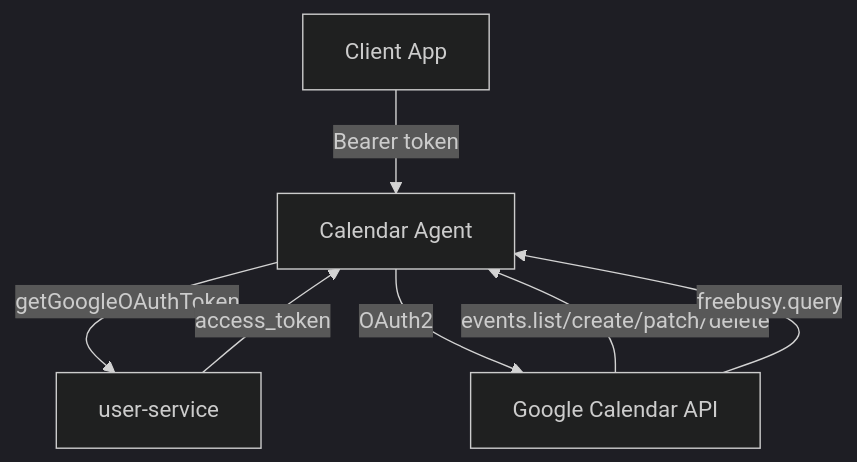
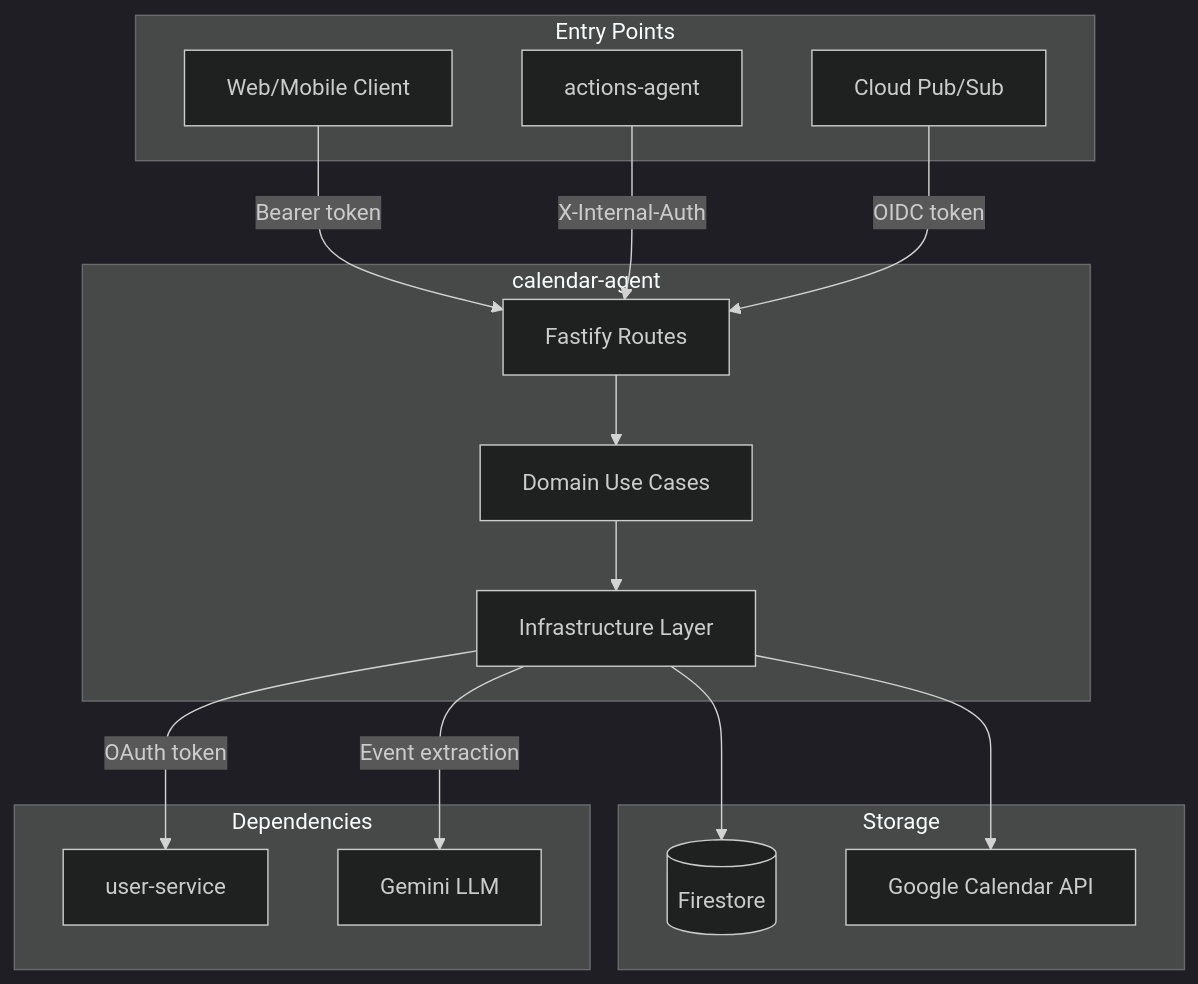
The first of 3 diagrams in docs/services/calendar-agent/technical.md (pbuchman/praxos), drawn with Mermaid (dark theme) before and after one commit. The commit also changed other lines of this file and 55 other files, not shown here.

````diff
--- a/docs/services/calendar-agent/technical.md
+++ b/docs/services/calendar-agent/technical.md
@@ -9,12 +9,36 @@
 ```mermaid
 graph TB
-    Client[Client App] -->|Bearer token| CA[Calendar Agent]
+    subgraph "Entry Points"
+        Client[Web/Mobile Client]
+        ActAgent[actions-agent]
+        PubSub[Cloud Pub/Sub]
+    end
 
-    CA -->|getGoogleOAuthToken| US[user-service]
-    US -->|access_token| CA
+    subgraph "calendar-agent"
+        Routes[Fastify Routes]
+        UseCases[Domain Use Cases]
+        Infra[Infrastructure Layer]
+    end
 
-    CA -->|OAuth2| GC[Google Calendar API]
+    subgraph "Storage"
+        Firestore[(Firestore)]
+        GC[Google Calendar API]
+    end
 
-    GC -->|events.list/create/patch/delete| CA
-    GC -->|freebusy.query| CA
+    subgraph "Dependencies"
+        US[user-service]
+        LLM[Gemini LLM]
+    end
+
+    Client -->|Bearer token| Routes
+    ActAgent -->|X-Internal-Auth| Routes
+    PubSub -->|OIDC token| Routes
+
+    Routes --> UseCases
+    UseCases --> Infra
+
+    Infra -->|OAuth token| US
+    Infra -->|Event extraction| LLM
+    Infra --> Firestore
+    Infra --> GC
 ```
````
